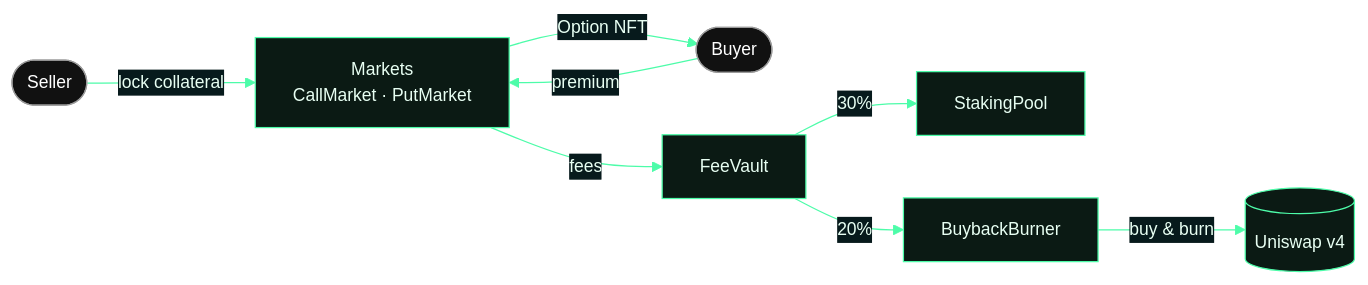
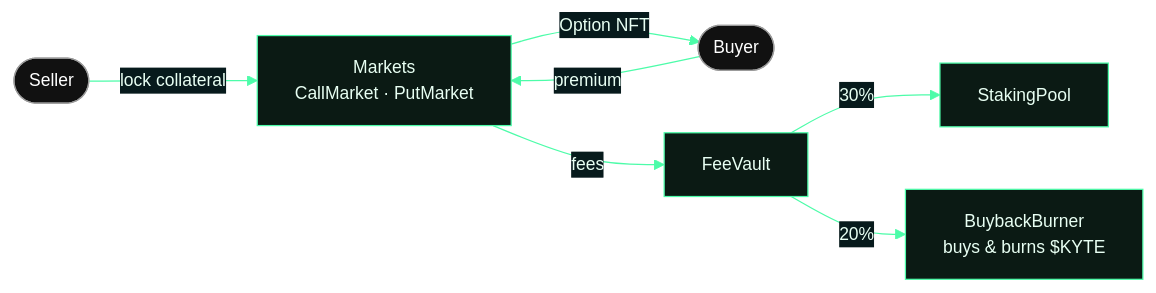
The first of 2 diagrams in scripts/public/README.contracts.md (0x-saurabh/gust), drawn with Mermaid before and after one commit.

Commit message:
Contracts README: shorter core diagram

````diff
--- a/scripts/public/README.contracts.md
+++ b/scripts/public/README.contracts.md
@@ -30,13 +30,12 @@
 ```mermaid
 %%{init: {'theme':'base','themeVariables':{'primaryColor':'#0b1a14','primaryTextColor':'#e8fff3','primaryBorderColor':'#4dfca9','lineColor':'#4dfca9','secondaryColor':'#071a1c','tertiaryColor':'#111','fontFamily':'ui-sans-serif, system-ui','fontSize':'14px'}}}%%
 flowchart LR
   S([Seller]) -->|lock collateral| M[Markets<br/>CallMarket · PutMarket]
   B([Buyer]) -->|premium| M
   M -->|Option NFT| B
   M -->|fees| V[FeeVault]
   V -->|30%| P[StakingPool]
-  V -->|20%| X[BuybackBurner]
-  X -->|buy & burn| U[(Uniswap v4)]
+  V -->|20%| X[BuybackBurner<br/>buys & burns $KYTE]
   classDef user fill:#111,stroke:#9b9b9b,color:#fff
   class S,B user
 ```
````
